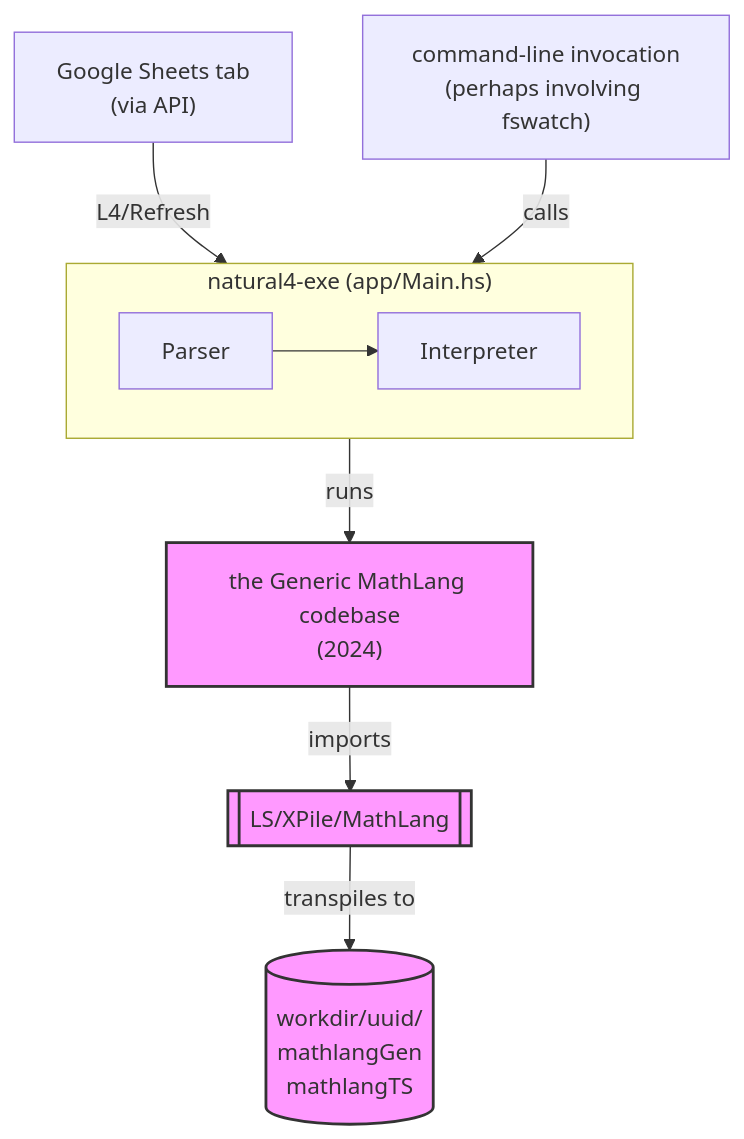
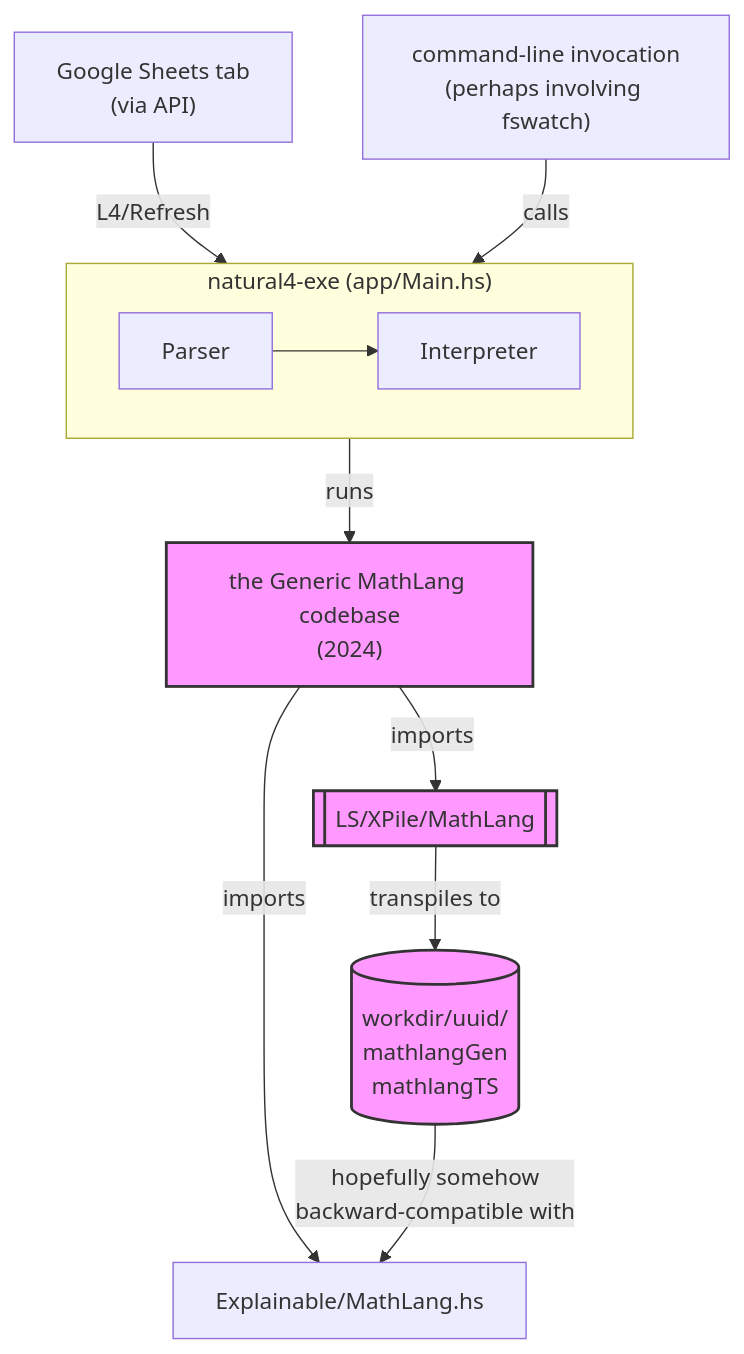
One commit to smucclaw/internal_docs changed the second of 5 diagrams in docs/current_system/codebase/index.md. Above: the diagram before and after it, drawn with Mermaid. The commit also changed other lines of this file, not shown here.

````diff
--- a/docs/current_system/codebase/index.md
+++ b/docs/current_system/codebase/index.md
@@ -86,16 +88,19 @@
 ``` mermaid
 graph TB;
     A1["Google Sheets tab\n(via API)"] -- "L4/Refresh" --> C;
     A2["command-line invocation\n(perhaps involving fswatch)"] -- calls --> C;
     classDef highlight fill:#f9f,stroke:#333,stroke-width:2px;
 
     subgraph C ["natural4-exe (app/Main.hs)"]
 	Parser --> Interpreter;
     end
 
     C --"runs"--> C1["the Generic MathLang codebase\n(2024)"];
+
     C1--"imports"-->D[["LS/XPile/MathLang"]];
+    C1--"imports"-->F
+
     D--"transpiles to"-->E[("workdir/uuid/\nmathlangGen\nmathlangTS")];
-
     class C1,D,E highlight;
+    E--"hopefully somehow\nbackward-compatible with"-->F["Explainable/MathLang.hs"];
 ```
````
